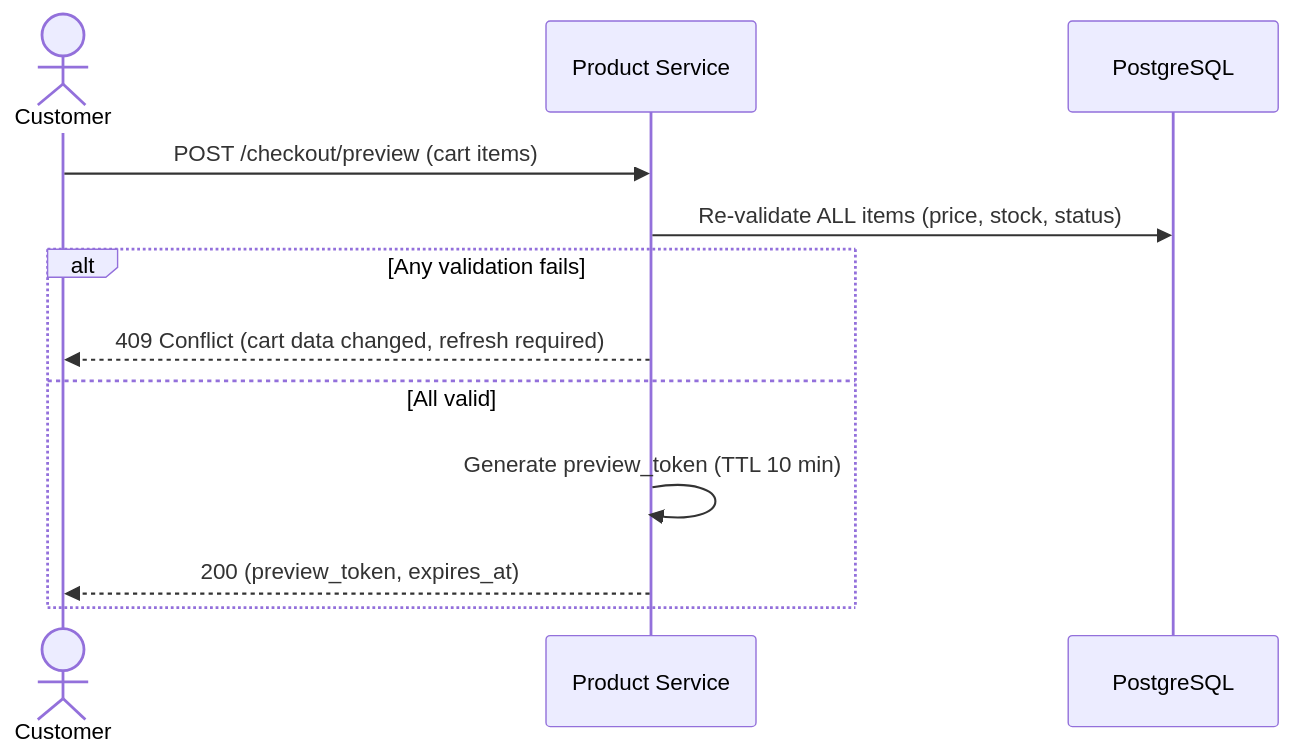
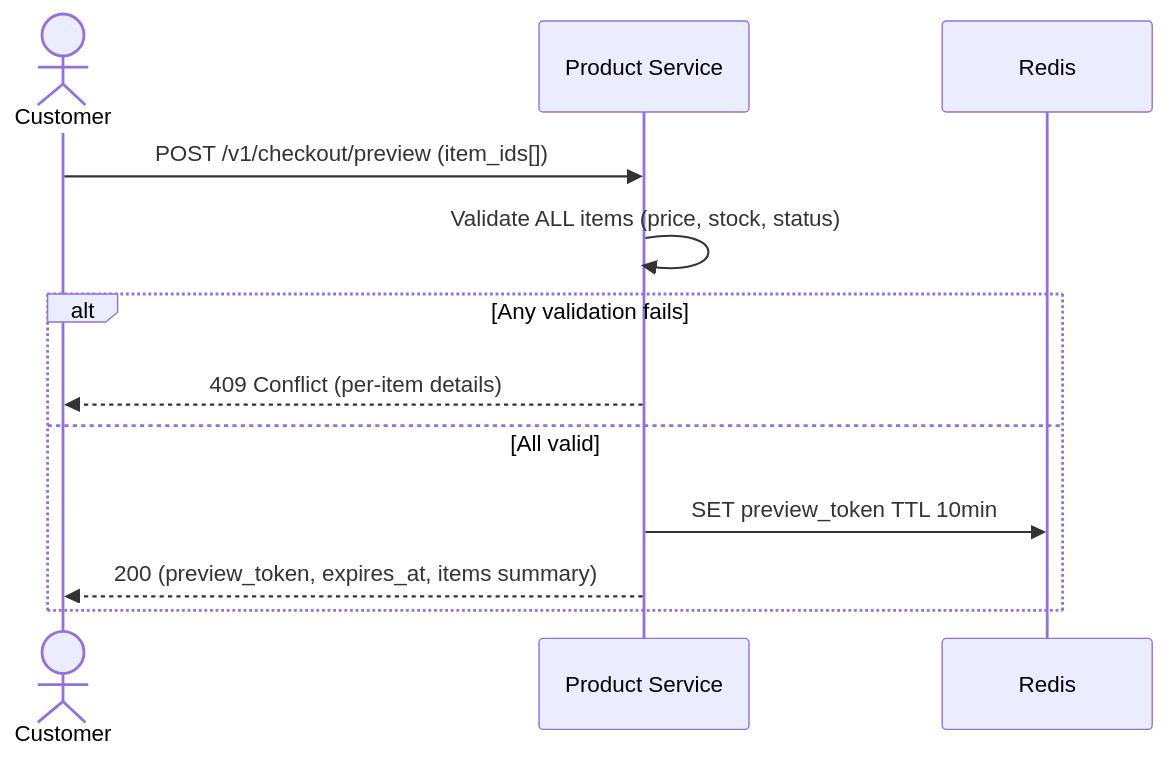
The eighth of 14 diagrams in documents/overview/FLOWS.md (ldqanh1408/stealing-from-paradise), drawn with Mermaid before and after one commit. The commit also changed other lines of this file and 27 other files, not shown here.

Commit message:
implementation for checkout preview and checkout submit

````diff
--- a/documents/overview/FLOWS.md
+++ b/documents/overview/FLOWS.md
@@ -163,15 +163,15 @@
 ```mermaid
 sequenceDiagram
     actor Customer
     participant PS as Product Service
-    participant PG as PostgreSQL
+    participant Redis
 
-    Customer->>PS: POST /checkout/preview (cart items)
-    PS->>PG: Re-validate ALL items (price, stock, status)
+    Customer->>PS: POST /v1/checkout/preview (item_ids[])
+    PS->>PS: Validate ALL items (price, stock, status)
     alt Any validation fails
-        PS-->>Customer: 409 Conflict (cart data changed, refresh required)
+        PS-->>Customer: 409 Conflict (per-item details)
     else All valid
-        PS->>PS: Generate preview_token (TTL 10 min)
-        PS-->>Customer: 200 (preview_token, expires_at)
+        PS->>Redis: SET preview_token TTL 10min
+        PS-->>Customer: 200 (preview_token, expires_at, items summary)
     end
 ```
````
